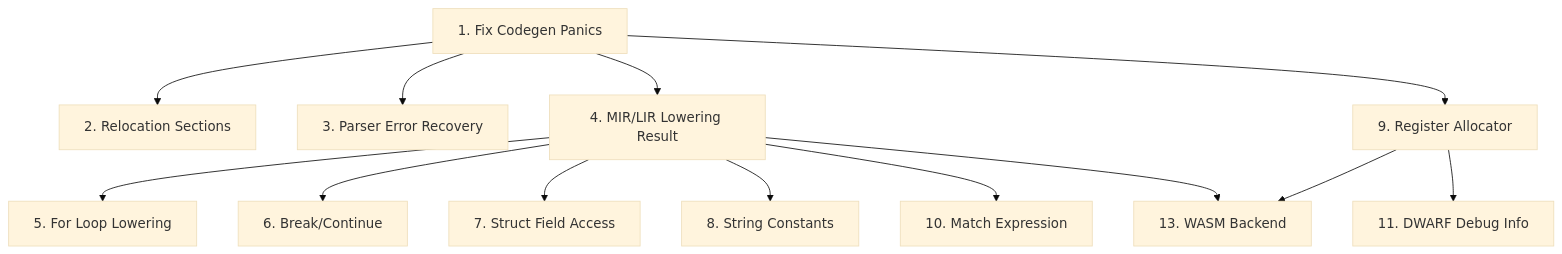
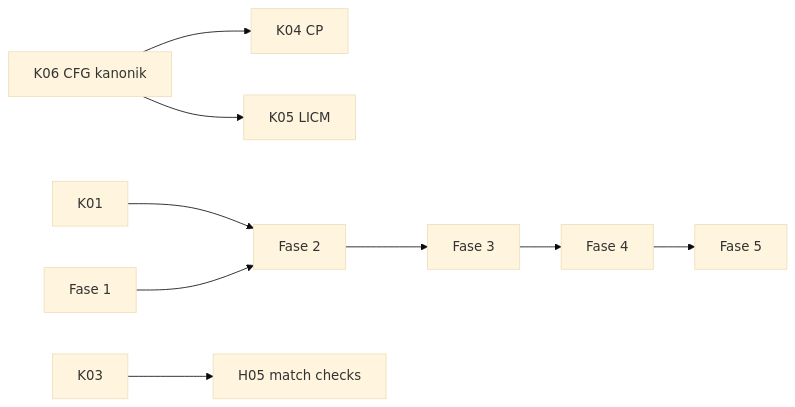
The diagram in prioritas.md (zulsyam23-dot/brak), drawn with Mermaid (base theme) before and after one commit. The commit also changed other lines of this file and 51 other files, not shown here.

````diff
--- a/prioritas.md
+++ b/prioritas.md
@@ -110,15 +536,8 @@
 ```mermaid
-flowchart TD
-    P0_1[1. Fix Codegen Panics] --> P0_2[2. Relocation Sections]
-    P0_1 --> P0_3[3. Parser Error Recovery]
-    P0_1 --> P0_4[4. MIR/LIR Lowering Result]
-    P0_4 --> P1_5[5. For Loop Lowering]
-    P0_4 --> P1_6[6. Break/Continue]
-    P0_4 --> P1_7[7. Struct Field Access]
-    P0_4 --> P1_8[8. String Constants]
-    P0_1 --> P2_9[9. Register Allocator]
-    P0_4 --> P2_10[10. Match Expression]
-    P2_9 --> P2_11[11. DWARF Debug Info]
-    P0_4 --> P3_13[13. WASM Backend]
-    P2_9 --> P3_13
+flowchart LR
+    K06[K06 CFG kanonik] --> K04[K04 CP]
+    K06 --> K05[K05 LICM]
+    K01 --> F2[Fase 2]
+    K03 --> H05[H05 match checks]
+    F1[Fase 1] --> F2 --> F3[Fase 3] --> F4[Fase 4] --> F5[Fase 5]
 ```
````
